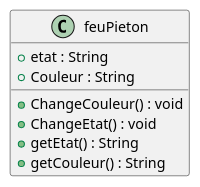
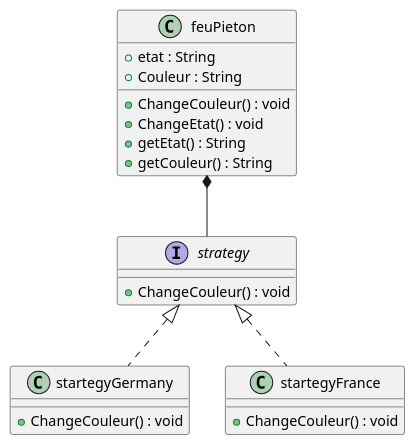
One commit to tejdin/Conception changed the diagram in TD1/Feu.puml. Above: the diagram before and after it, drawn with PlantUML.

```diff
--- a/TD1/Feu.puml
+++ b/TD1/Feu.puml
@@ -1,13 +1,28 @@
 @startuml
 
 class feuPieton{
 + etat : String
 + Couleur : String
 + ChangeCouleur() : void
 + ChangeEtat() : void
 + getEtat() : String
 + getCouleur() : String
 
 
 }
+
+interface strategy{
++ ChangeCouleur() : void
+}
+
+class startegyGermany implements strategy{
++ ChangeCouleur() : void
+}
+
+class startegyFrance implements strategy{
++ ChangeCouleur() : void
+}
+
+feuPieton *-- strategy
+
 @enduml
```
